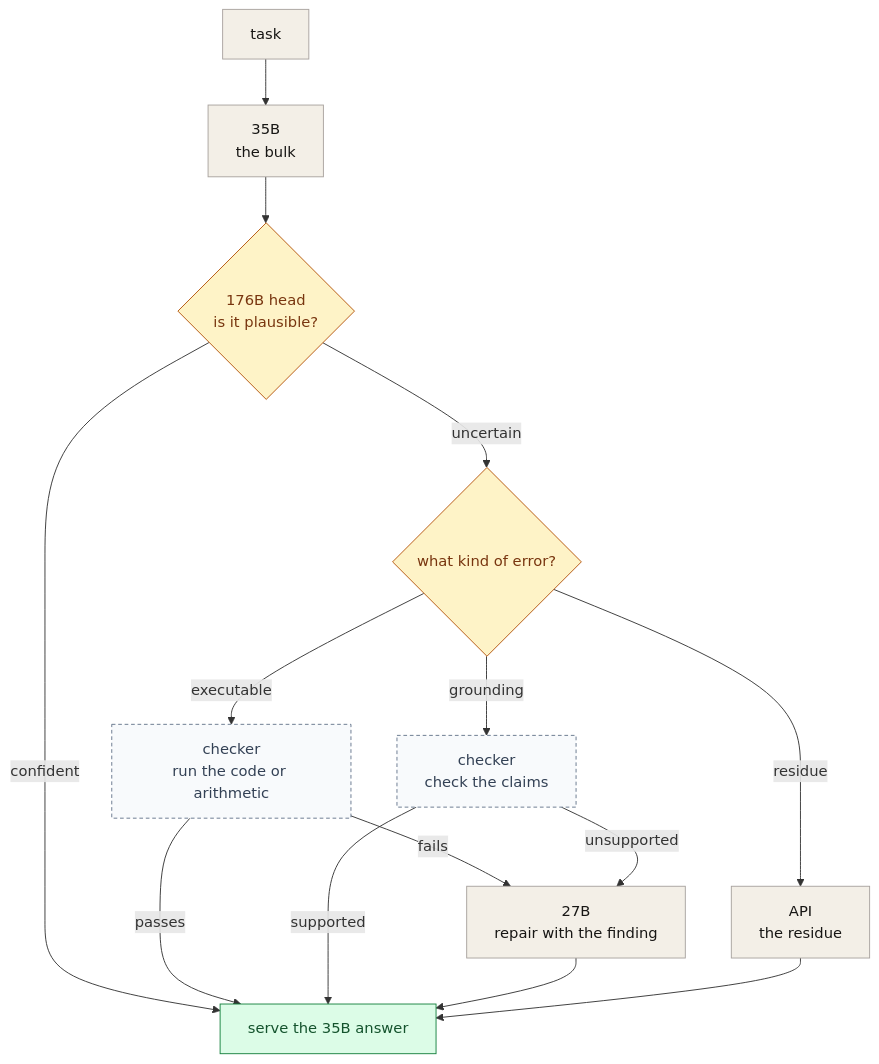
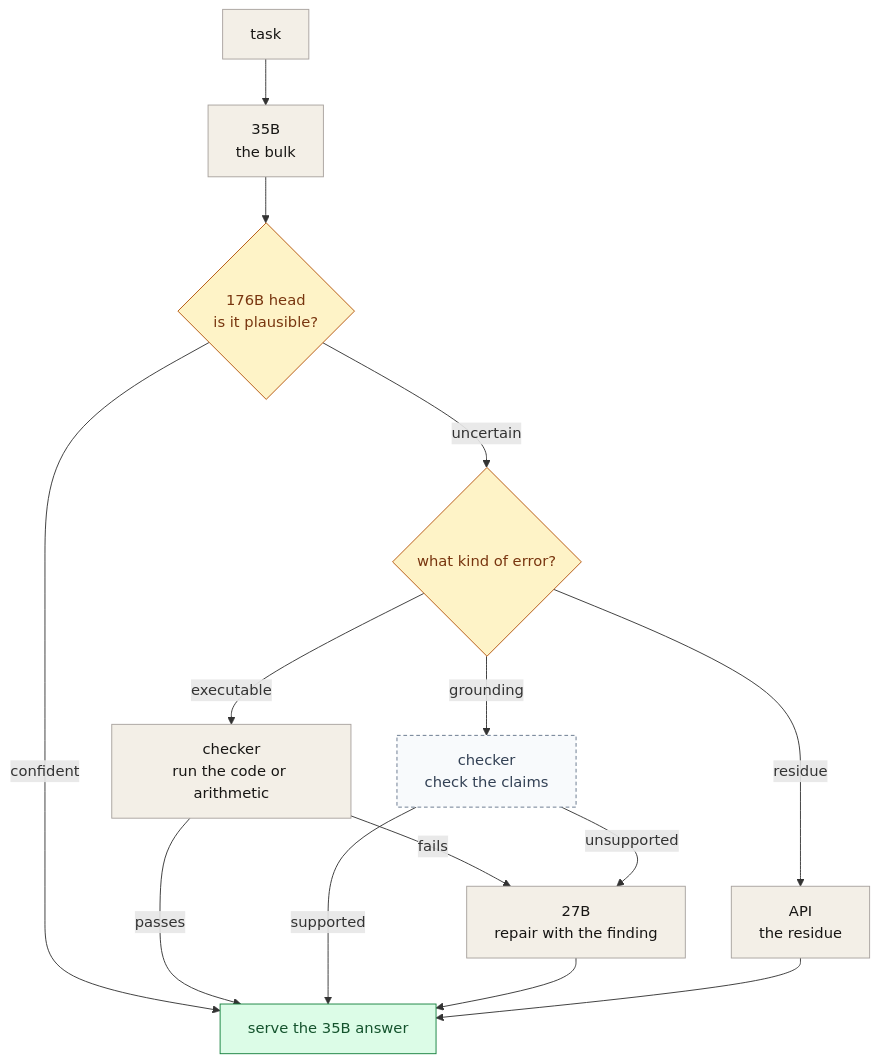
Before and after one commit to sky-is-green/hive: the third of 3 diagrams in cascade/CASCADE-PAPER.md, drawn with Mermaid. The commit also changed other lines of this file and 9 other files, not shown here.

````diff
--- a/cascade/CASCADE-PAPER.md
+++ b/cascade/CASCADE-PAPER.md
@@ -623,25 +627,25 @@
 ```mermaid
 flowchart TB
     task["task"] --> small["35B<br/>the bulk"]
     small --> head{"176B head<br/>is it plausible?"}
     head -->|confident| serve["serve the 35B answer"]
     head -->|uncertain| kind{"what kind of error?"}
     kind -->|executable| sandbox["checker<br/>run the code or arithmetic"]
     kind -->|grounding| ground["checker<br/>check the claims"]
     kind -->|residue| api["API<br/>the residue"]
     sandbox -->|fails| repair["27B<br/>repair with the finding"]
     ground -->|unsupported| repair
     sandbox -->|passes| serve
     ground -->|supported| serve
     repair --> serve
     api --> serve
 
     classDef ok fill:#dcfce7,stroke:#15803d,color:#14532d
     classDef warn fill:#fef3c7,stroke:#b45309,color:#78350f
     classDef neutral fill:#f3efe7,stroke:#a8a29e,color:#171614
     classDef design fill:#f8fafc,stroke:#64748b,stroke-dasharray:4 3,color:#334155
     class serve ok
     class head,kind warn
-    class task,small,repair,api neutral
-    class sandbox,ground design
+    class task,small,repair,sandbox,api neutral
+    class ground design
 ```
````
